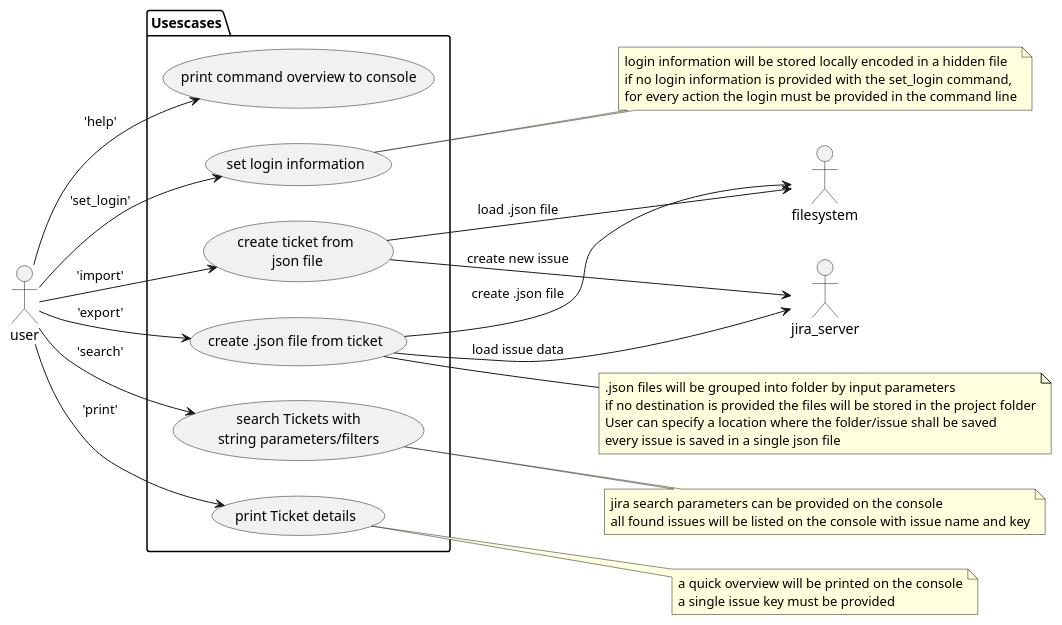
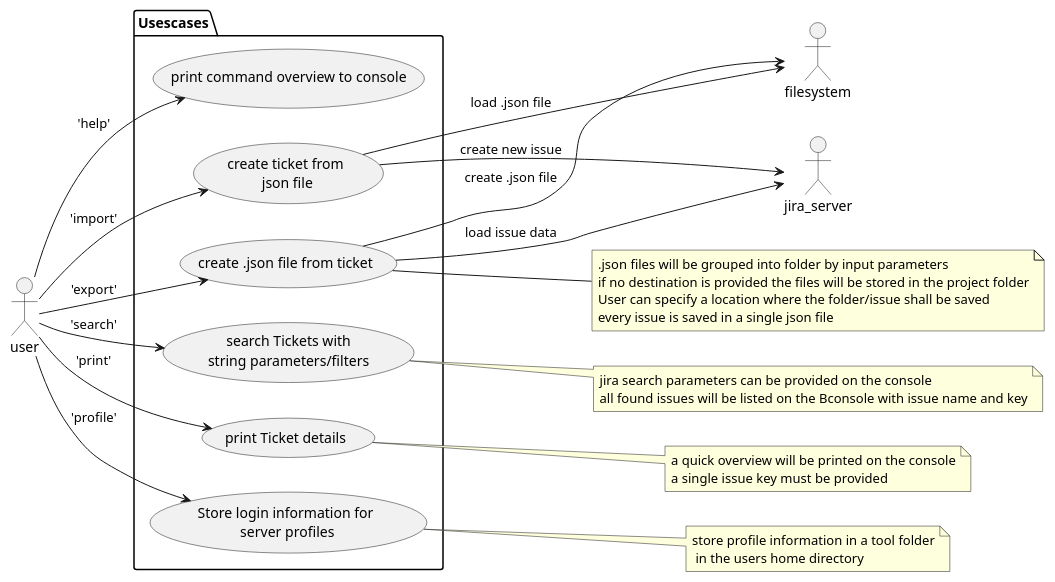
The diagram in design/use_case.puml (NewTec-GmbH/pyJiraCli), drawn with PlantUML before and after one commit. The commit also changed 2 other files, not shown here.

```diff
--- a/design/use_case.puml
+++ b/design/use_case.puml
@@ -1,39 +1,38 @@
 @startuml pyJiraCLi_useCase
 left to right direction
 
 actor user as user
 actor jira_server as server
 actor filesystem as fs
 
 package Usescases{
 usecase UC_help as "print command overview to console"
-usecase UC_login as "set login information"
 usecase UC_import as "create ticket from\n json file"
 usecase UC_export as "create .json file from ticket"
 usecase UC_search as "search Tickets with\nstring parameters/filters"
-usecase UC_details as "print Ticket details"
+usecase UC_print as "print Ticket details"
+usecase UC_profile as "Store login information for\n server profiles"
 }
 
 note ".json files will be grouped into folder by input parameters\nif no destination is provided the files will be stored in the project folder\nUser can specify a location where the folder/issue shall be saved\nevery issue is saved in a single json file" as N_export
-note "login information will be stored locally encoded in a hidden file\nif no login information is provided with the set_login command,\nfor every action the login must be provided in the command line" as N_login
-note "jira search parameters can be provided on the console\nall found issues will be listed on the console with issue name and key" as N_search
+note "jira search parameters can be provided on the console\nall found issues will be listed on the Bconsole with issue name and key" as N_search
 note "a quick overview will be printed on the console\na single issue key must be provided" as N_details
-
+note "store profile information in a tool folder\n in the users home directory" as N_profile
 user --> UC_help : 'help'
-user --> UC_login : 'set_login'
 user --> UC_import : 'import'
 user --> UC_search : 'search'
 user --> UC_export : 'export'
-user --> UC_details : 'print'
+user --> UC_print : 'print'
+user --> UC_profile : 'profile'
 
 UC_export --> server : load issue data
 UC_export --> fs : create .json file 
 
 UC_import --> server : create new issue
 UC_import --> fs : load .json file
 
 UC_export -- N_export
-UC_login -- N_login
 UC_search -- N_search
-UC_details -- N_details
+UC_print -- N_details
+UC_profile -- N_profile
 @enduml
```
